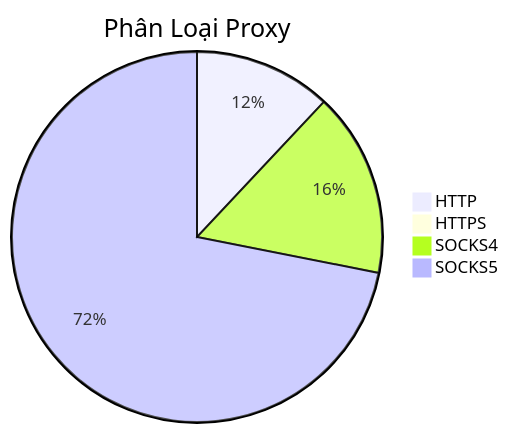
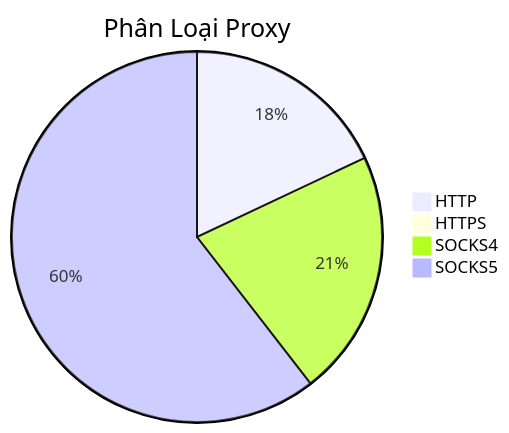
The diagram in README.md (Ciara-Aa/PROXY-free), drawn with Mermaid before and after one commit. The commit also changed other lines of this file and 4 other files, not shown here.

````diff
--- a/README.md
+++ b/README.md
@@ -26,7 +26,7 @@
 ```mermaid
 pie title Phân Loại Proxy
-    "HTTP" : 274
-    "HTTPS" : 3
-    "SOCKS4" : 368
-    "SOCKS5" : 1642
+    "HTTP" : 301
+    "HTTPS" : 6
+    "SOCKS4" : 360
+    "SOCKS5" : 1012
 ```
````
